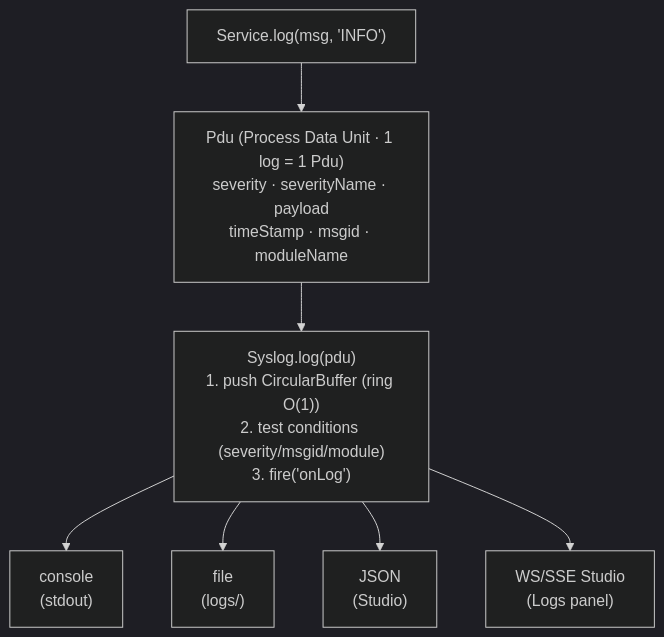
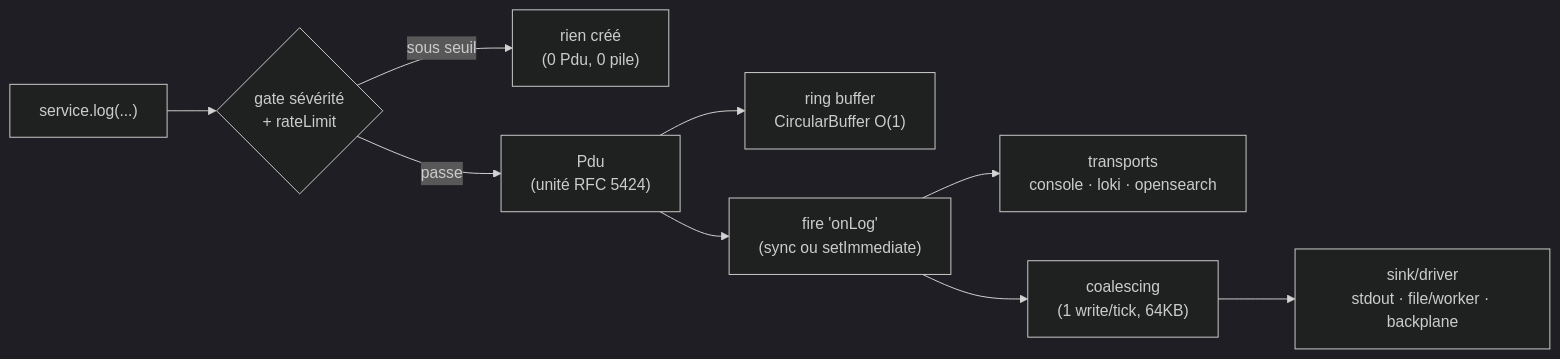
The diagram in src/nodefony/docs/syslog.md (nodefony/nodefony-core), drawn with Mermaid (dark theme) before and after one commit. The commit also changed other lines of this file and 1 other file, not shown here.

Commit message:
docs(core): pages service et syslog (corpus intégré)

````diff
--- a/src/nodefony/docs/syslog.md
+++ b/src/nodefony/docs/syslog.md
@@ -16,9 +28,11 @@
 ```mermaid
-flowchart TD
-  call["Service.log(msg, 'INFO')"] --> pdu["Pdu (Process Data Unit · 1 log = 1 Pdu)<br/>severity · severityName · payload<br/>timeStamp · msgid · moduleName"]
-  pdu --> log["Syslog.log(pdu)<br/>1. push CircularBuffer (ring O(1))<br/>2. test conditions (severity/msgid/module)<br/>3. fire('onLog')"]
-  log --> console["console<br/>(stdout)"]
-  log --> file["file<br/>(logs/)"]
-  log --> json["JSON<br/>(Studio)"]
-  log --> sse["WS/SSE Studio<br/>(Logs panel)"]
+flowchart LR
+  Src["service.log(...)"] --> G{"gate sévérité<br/>+ rateLimit"}
+  G -->|sous seuil| DROP["rien créé<br/>(0 Pdu, 0 pile)"]
+  G -->|passe| P["Pdu<br/>(unité RFC 5424)"]
+  P --> R["ring buffer<br/>CircularBuffer O(1)"]
+  P --> OL["fire 'onLog'<br/>(sync ou setImmediate)"]
+  OL --> T["transports<br/>console · loki · opensearch"]
+  OL --> W["coalescing<br/>(1 write/tick, 64KB)"]
+  W --> SK["sink/driver<br/>stdout · file/worker · backplane"]
 ```
````
